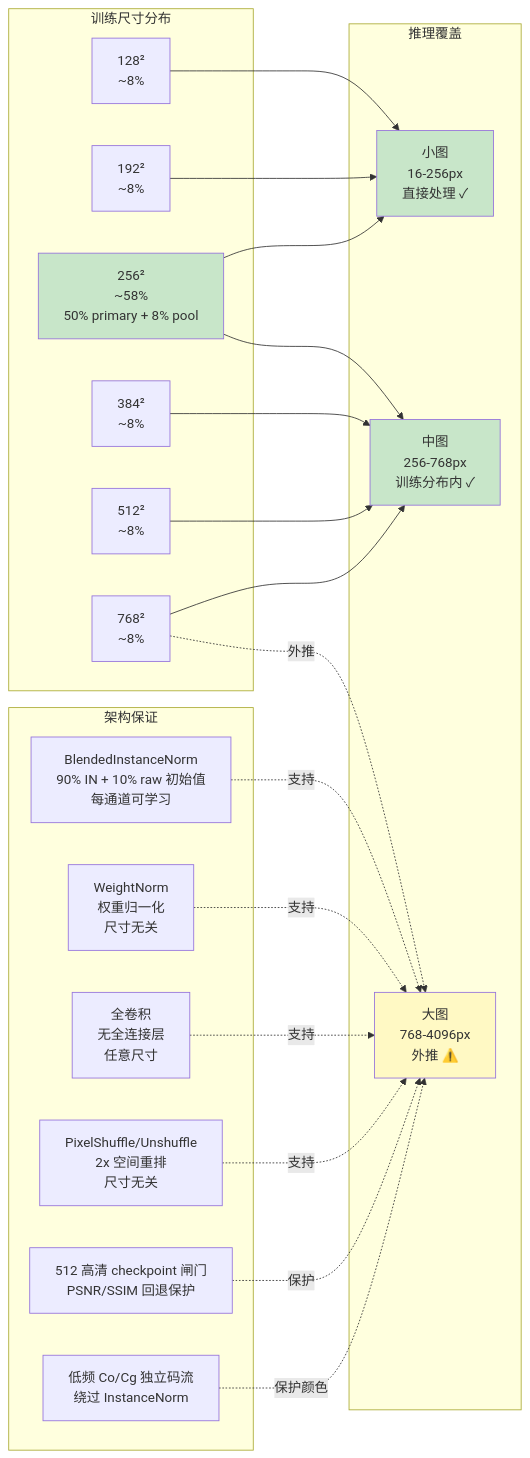
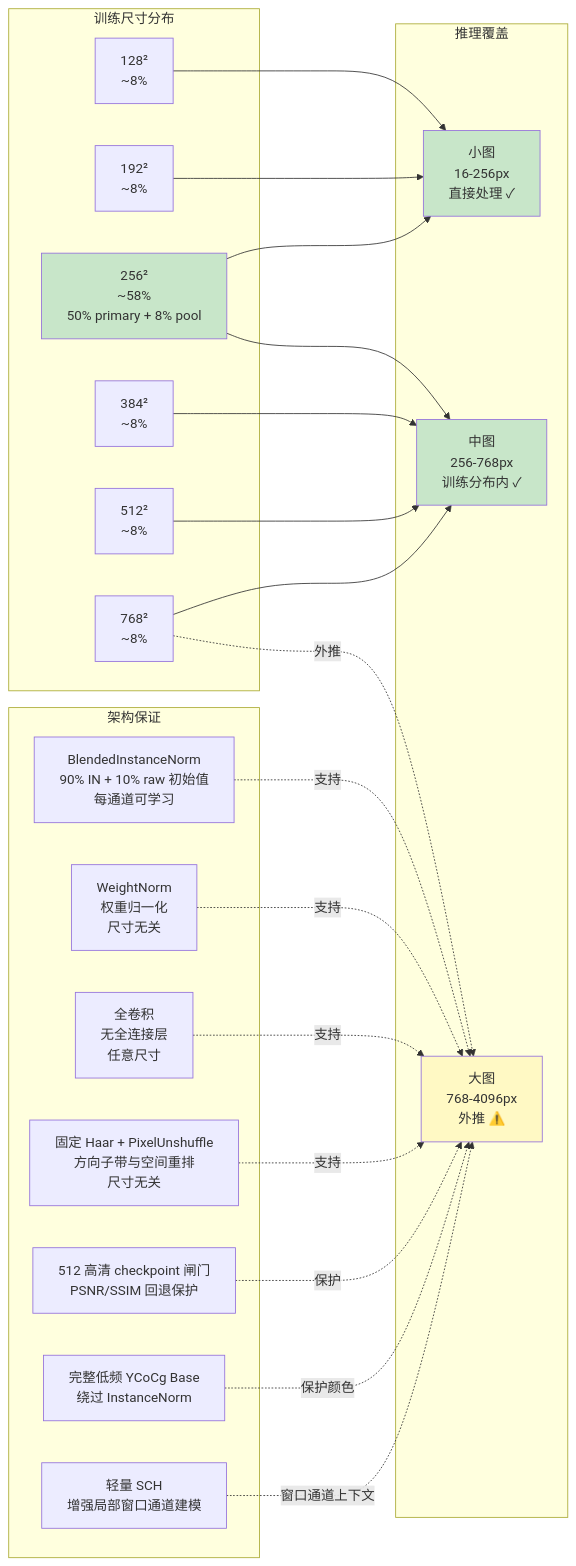
Diagram 15 of 19 in docs/architecture.md (novvoo/kakeya-vae), drawn with Mermaid before and after one commit. The commit also changed other lines of this file and 9 other files, not shown here.

````diff
--- a/docs/architecture.md
+++ b/docs/architecture.md
@@ -768,47 +806,49 @@
 ```mermaid
 graph LR
     subgraph 训练尺寸分布
         S128[128²<br/>~8%]
         S192[192²<br/>~8%]
         S256[256²<br/>~58%<br/>50% primary + 8% pool]
         S384[384²<br/>~8%]
         S512[512²<br/>~8%]
         S768[768²<br/>~8%]
     end
 
     subgraph 推理覆盖
         I_SMALL[小图<br/>16-256px<br/>直接处理 ✓]
         I_MED[中图<br/>256-768px<br/>训练分布内 ✓]
         I_LARGE[大图<br/>768-4096px<br/>外推 ⚠️]
     end
 
     S128 --> I_SMALL
     S192 --> I_SMALL
     S256 --> I_SMALL
     S256 --> I_MED
     S384 --> I_MED
     S512 --> I_MED
     S768 --> I_MED
     S768 -.->|外推| I_LARGE
 
     subgraph 架构保证
         ARCH1[BlendedInstanceNorm<br/>90% IN + 10% raw 初始值<br/>每通道可学习]
         ARCH2[WeightNorm<br/>权重归一化<br/>尺寸无关]
         ARCH3[全卷积<br/>无全连接层<br/>任意尺寸]
-        ARCH4[PixelShuffle/Unshuffle<br/>2x 空间重排<br/>尺寸无关]
+        ARCH4[固定 Haar + PixelUnshuffle<br/>方向子带与空间重排<br/>尺寸无关]
         ARCH5[512 高清 checkpoint 闸门<br/>PSNR/SSIM 回退保护]
-        ARCH6[低频 Co/Cg 独立码流<br/>绕过 InstanceNorm]
+        ARCH6[完整低频 YCoCg Base<br/>绕过 InstanceNorm]
+        ARCH7[轻量 SCH<br/>增强局部窗口通道建模]
     end
 
     ARCH1 -.->|支持| I_LARGE
     ARCH2 -.->|支持| I_LARGE
     ARCH3 -.->|支持| I_LARGE
     ARCH4 -.->|支持| I_LARGE
     ARCH5 -.->|保护| I_LARGE
     ARCH6 -.->|保护颜色| I_LARGE
+    ARCH7 -.->|窗口通道上下文| I_LARGE
 
     style S256 fill:#c8e6c9
     style I_SMALL fill:#c8e6c9
     style I_MED fill:#c8e6c9
     style I_LARGE fill:#fff9c4
 ```
````
